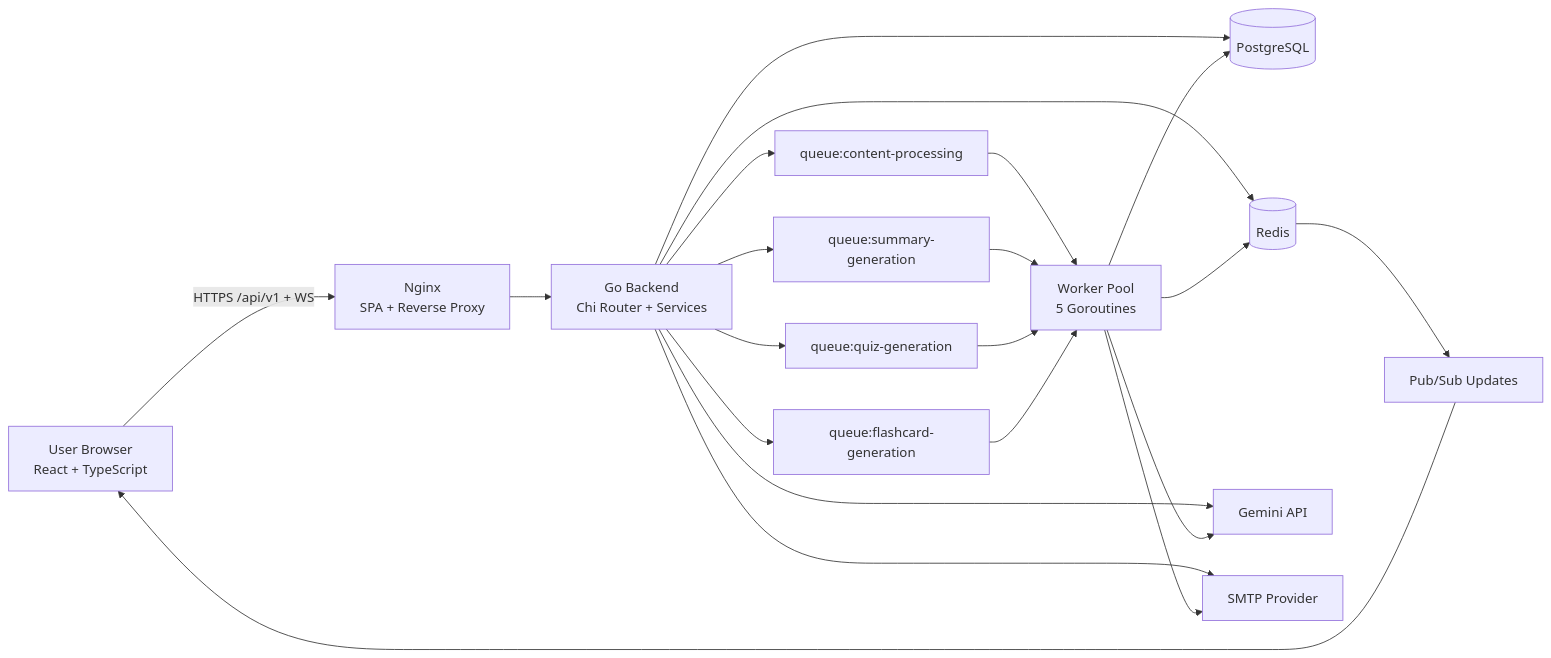
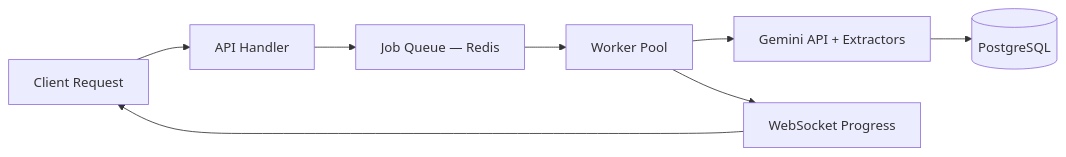
One commit to asanaliwhy/AI-Lecture-summarizer-with-learning-activities changed the second of 2 diagrams in README.md. Above: the diagram before and after it, drawn with Mermaid. The commit also changed other lines of this file and 4 other files, not shown here.

````diff
--- a/README.md
+++ b/README.md
@@ -281,27 +232,10 @@
 ```mermaid
 flowchart LR
-  U[User Browser\nReact + TypeScript] -->|HTTPS /api/v1 + WS| N[Nginx\nSPA + Reverse Proxy]
-  N --> B[Go Backend\nChi Router + Services]
-  B --> P[(PostgreSQL)]
-  B --> R[(Redis)]
-  B --> G[Gemini API]
-  B --> M[SMTP Provider]
-
-  B --> Q1[queue:content-processing]
-  B --> Q2[queue:summary-generation]
-  B --> Q3[queue:quiz-generation]
-  B --> Q4[queue:flashcard-generation]
-
-  Q1 --> W[Worker Pool\n5 Goroutines]
-  Q2 --> W
-  Q3 --> W
-  Q4 --> W
-
-  W --> G
-  W --> P
-  W --> R
-  W --> M
-
-  R --> WS[Pub/Sub Updates]
-  WS --> U
+  A[Client Request] --> B[API Handler]
+  B --> C[Job Queue — Redis]
+  C --> D[Worker Pool]
+  D --> E[Gemini API + Extractors]
+  E --> F[(PostgreSQL)]
+  D --> G[WebSocket Progress]
+  G --> A
 ```
````
